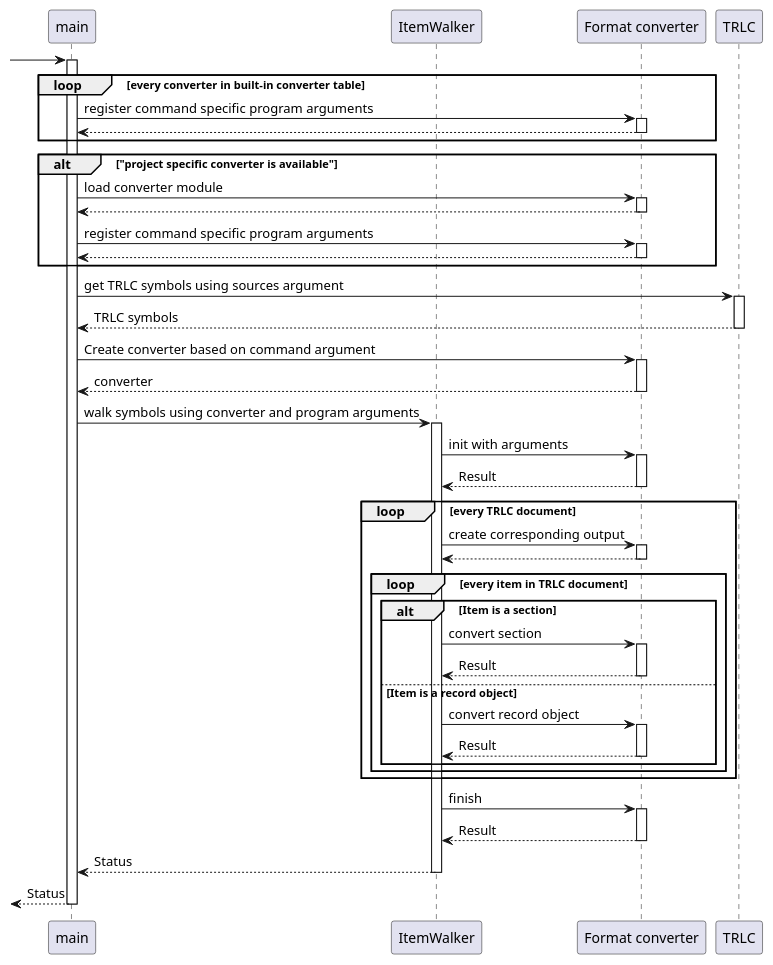
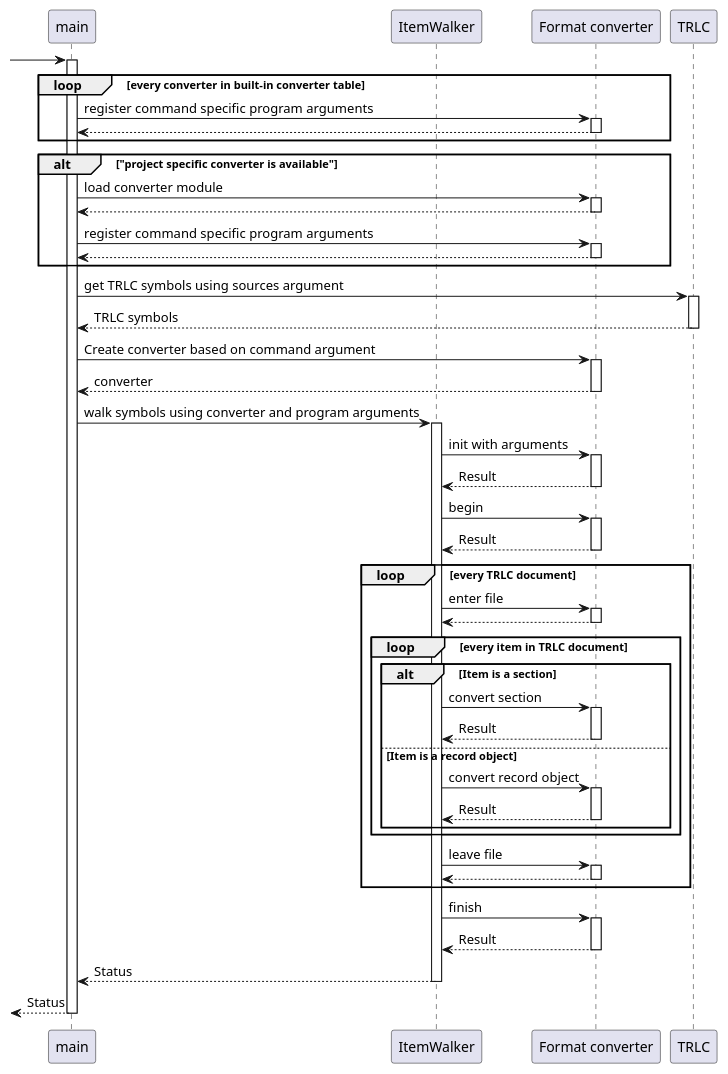
The diagram in doc/architecture/sequence_diagram.puml (nhjschulz/pyTRLCConverter), drawn with PlantUML before and after one commit.

Commit message:
begin() method call added to sequence diagram.

```diff
--- a/doc/architecture/sequence_diagram.puml
+++ b/doc/architecture/sequence_diagram.puml
@@ -1,55 +1,60 @@
 @startuml sequence_diagram
 
 participant "main" as main
 participant "ItemWalker" as walker
 participant "Format converter" as formatConverter
 participant "TRLC" as trlc
 
 autoactivate on
 
 -> main
 
-loop every converter in built-in converter table
-    main -> formatConverter: register command specific program arguments
-    main <-- formatConverter
-end
+    loop every converter in built-in converter table
+        main -> formatConverter: register command specific program arguments
+        main <-- formatConverter
+    end
 
-alt "project specific converter is available"
-    main -> formatConverter: load converter module
-    main <-- formatConverter
-    main -> formatConverter: register command specific program arguments
-    main <-- formatConverter
-end
+    alt "project specific converter is available"
+        main -> formatConverter: load converter module
+        main <-- formatConverter
+        main -> formatConverter: register command specific program arguments
+        main <-- formatConverter
+    end
 
-main -> trlc: get TRLC symbols using sources argument
-main <-- trlc: TRLC symbols
+    main -> trlc: get TRLC symbols using sources argument
+    main <-- trlc: TRLC symbols
 
-main -> formatConverter: Create converter based on command argument
-main <-- formatConverter: converter
+    main -> formatConverter: Create converter based on command argument
+    main <-- formatConverter: converter
 
-main -> walker: walk symbols using converter and program arguments 
+    main -> walker: walk symbols using converter and program arguments 
 
-walker -> formatConverter: init with arguments
-walker <-- formatConverter: Result
+    walker -> formatConverter: init with arguments
+    walker <-- formatConverter: Result
 
-loop every TRLC document
-    walker -> formatConverter: create corresponding output
-    walker <-- formatConverter
-    loop every item in TRLC document
-        alt Item is a section
-            walker -> formatConverter: convert section
-            walker <-- formatConverter: Result
-        else Item is a record object
-            walker -> formatConverter: convert record object
-            walker <-- formatConverter: Result
+    walker -> formatConverter: begin
+    walker <-- formatConverter: Result
+
+    loop every TRLC document
+        walker -> formatConverter: enter file
+        walker <-- formatConverter
+        loop every item in TRLC document
+            alt Item is a section
+                walker -> formatConverter: convert section
+                walker <-- formatConverter: Result
+            else Item is a record object
+                walker -> formatConverter: convert record object
+                walker <-- formatConverter: Result
+            end
         end
+        walker -> formatConverter: leave file
+        walker <-- formatConverter
     end
-end
-walker -> formatConverter: finish
-walker <-- formatConverter: Result
+    walker -> formatConverter: finish
+    walker <-- formatConverter: Result
 
-main <-- walker: Status
+    main <-- walker: Status
 
 <-- main: Status
 
 @enduml
```
